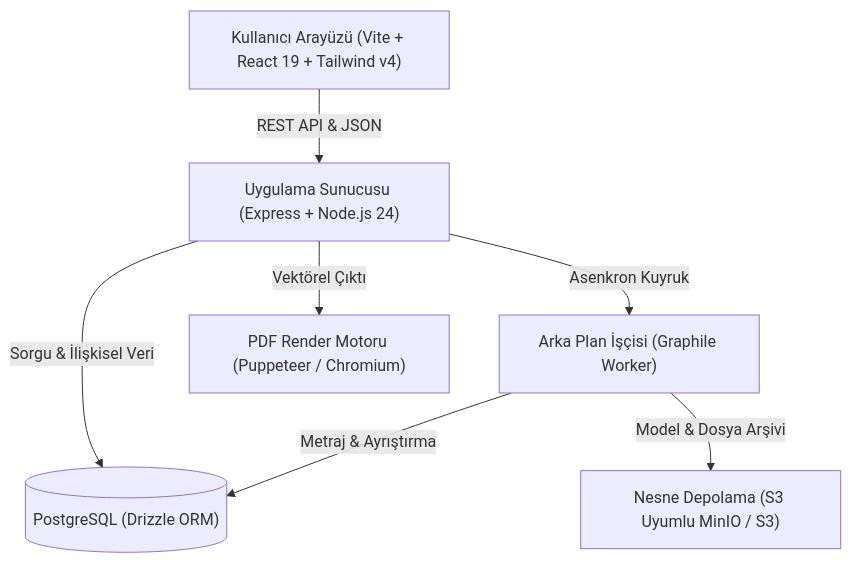
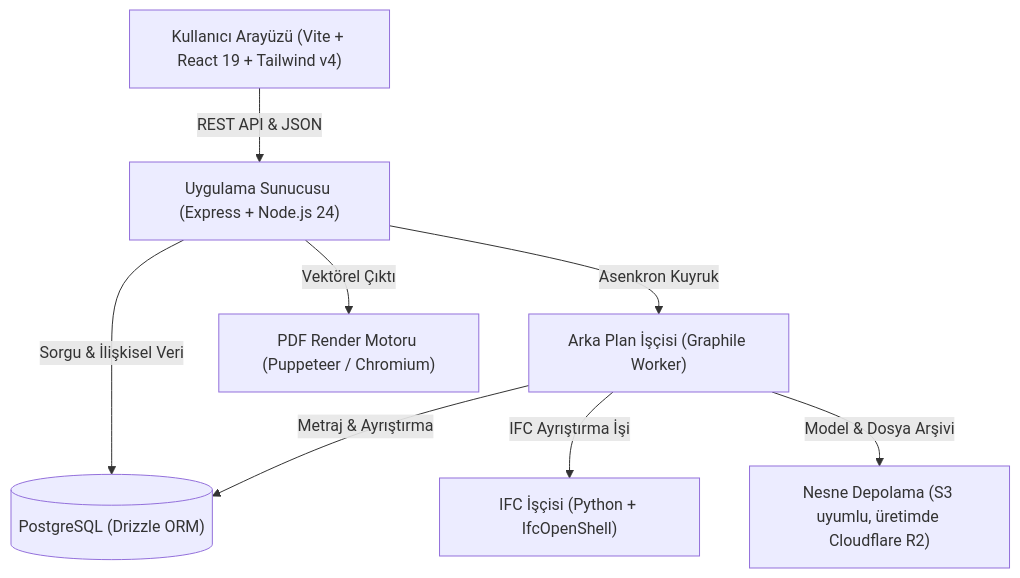
The diagram in README.md (hazarvolga/affexai-bimteklif), drawn with Mermaid before and after one commit. The commit also changed other lines of this file and 2 other files, not shown here.

````diff
--- a/README.md
+++ b/README.md
@@ -64,16 +68,18 @@
 ```mermaid
 graph TD
     Client["Kullanıcı Arayüzü (Vite + React 19 + Tailwind v4)"]
     API["Uygulama Sunucusu (Express + Node.js 24)"]
     DB[("PostgreSQL (Drizzle ORM)")]
     Worker["Arka Plan İşçisi (Graphile Worker)"]
+    IFC["IFC İşçisi (Python + IfcOpenShell)"]
     PDF["PDF Render Motoru (Puppeteer / Chromium)"]
-    Storage["Nesne Depolama (S3 Uyumlu MinIO / S3)"]
+    Storage["Nesne Depolama (S3 uyumlu, üretimde Cloudflare R2)"]
 
     Client -->|REST API & JSON| API
     API -->|Sorgu & İlişkisel Veri| DB
     API -->|Asenkron Kuyruk| Worker
     Worker -->|Metraj & Ayrıştırma| DB
     API -->|Vektörel Çıktı| PDF
+    Worker -->|IFC Ayrıştırma İşi| IFC
     Worker -->|Model & Dosya Arşivi| Storage
 ```
````
